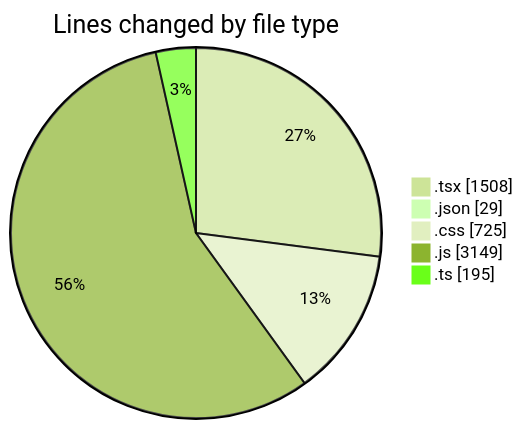
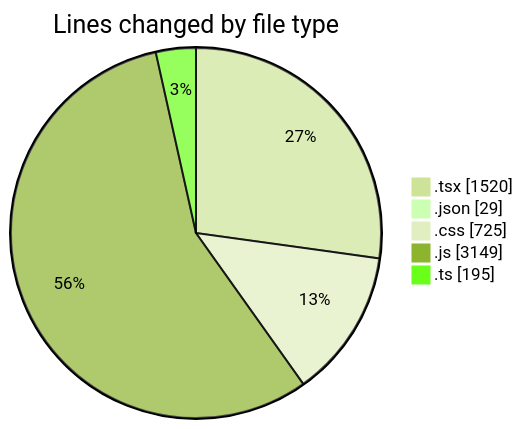
The first of 2 diagrams in 2025-05-15/laala_boost/README.md (Elitesun/code-tracking), drawn with Mermaid (forest theme) before and after one commit. The commit also changed other lines of this file and 2 other files, not shown here.

````diff
--- a/2025-05-15/laala_boost/README.md
+++ b/2025-05-15/laala_boost/README.md
@@ -34,9 +34,9 @@
 ```mermaid
 pie showData
 title Lines changed by file type
-".tsx" : 1508
+".tsx" : 1520
 ".json" : 29
 ".css" : 725
 ".js" : 3149
 ".ts" : 195
 ```
````
